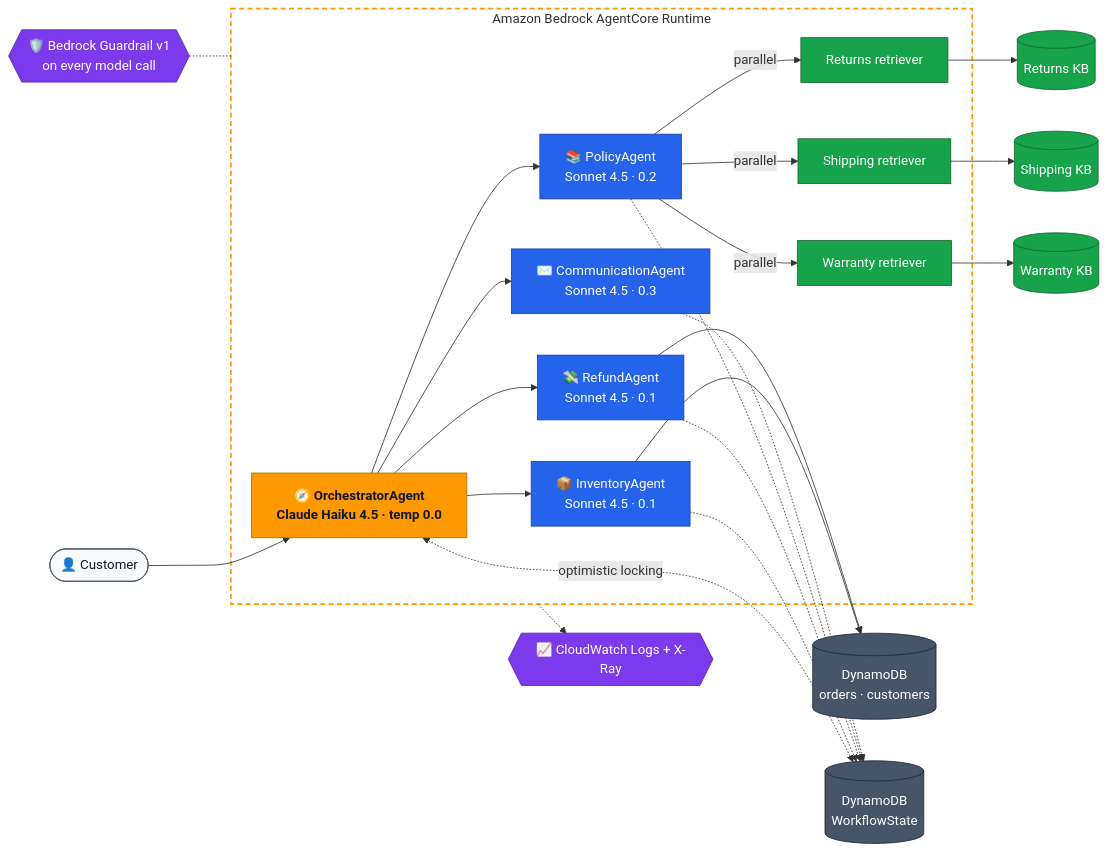
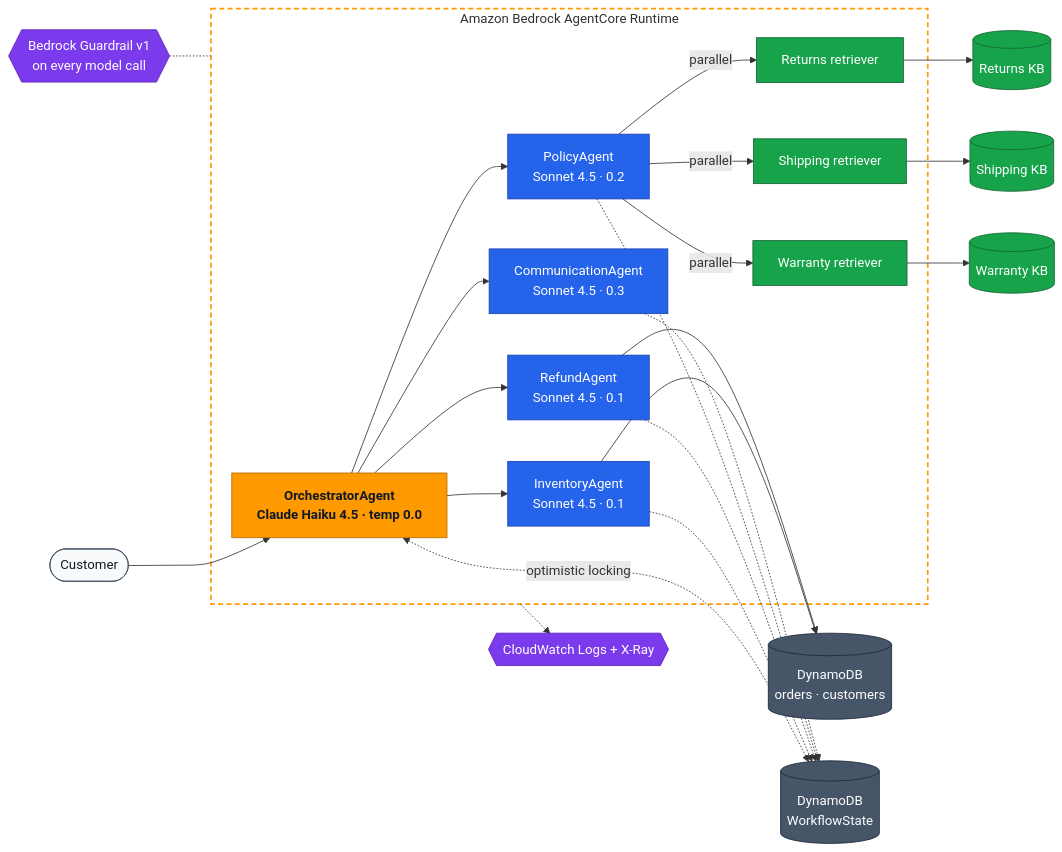
The first of 2 diagrams in README.md (kishiagaytano/caserelay-agentcore), drawn with Mermaid before and after one commit. The commit also changed other lines of this file, not shown here.

````diff
--- a/README.md
+++ b/README.md
@@ -42,43 +44,43 @@
 ```mermaid
 flowchart LR
-    C([👤 Customer]) --> O
+    C([Customer]) --> O
 
     subgraph RT["Amazon Bedrock AgentCore Runtime"]
-        O["🧭 OrchestratorAgent<br/>Claude Haiku 4.5 · temp 0.0"]
-        O --> INV["📦 InventoryAgent<br/>Sonnet 4.5 · 0.1"]
-        O --> REF["💸 RefundAgent<br/>Sonnet 4.5 · 0.1"]
-        O --> POL["📚 PolicyAgent<br/>Sonnet 4.5 · 0.2"]
-        O --> COM["✉️ CommunicationAgent<br/>Sonnet 4.5 · 0.3"]
+        O["OrchestratorAgent<br/>Claude Haiku 4.5 · temp 0.0"]
+        O --> INV["InventoryAgent<br/>Sonnet 4.5 · 0.1"]
+        O --> REF["RefundAgent<br/>Sonnet 4.5 · 0.1"]
+        O --> POL["PolicyAgent<br/>Sonnet 4.5 · 0.2"]
+        O --> COM["CommunicationAgent<br/>Sonnet 4.5 · 0.3"]
 
         POL -->|parallel| R1["Returns retriever"]
         POL -->|parallel| R2["Shipping retriever"]
         POL -->|parallel| R3["Warranty retriever"]
     end
 
     R1 --> KB1[("Returns KB")]
     R2 --> KB2[("Shipping KB")]
     R3 --> KB3[("Warranty KB")]
 
     INV --> DB[("DynamoDB<br/>orders · customers")]
     REF --> DB
     O <-.->|optimistic locking| WS[("DynamoDB<br/>WorkflowState")]
     INV & REF & POL & COM -.-> WS
 
-    GR{{"🛡️ Bedrock Guardrail v1<br/>on every model call"}} -.- RT
-    RT -.-> OBS{{"📈 CloudWatch Logs + X-Ray"}}
+    GR{{"Bedrock Guardrail v1<br/>on every model call"}} -.- RT
+    RT -.-> OBS{{"CloudWatch Logs + X-Ray"}}
 
     classDef orch fill:#FF9900,stroke:#B36B00,color:#111827,font-weight:bold
     classDef worker fill:#2563EB,stroke:#1E40AF,color:#FFFFFF
     classDef rag fill:#16A34A,stroke:#166534,color:#FFFFFF
     classDef data fill:#475569,stroke:#1E293B,color:#FFFFFF
     classDef safety fill:#7C3AED,stroke:#5B21B6,color:#FFFFFF
     classDef user fill:#F8FAFC,stroke:#475569,color:#111827
 
     class O orch
     class INV,REF,POL,COM worker
     class R1,R2,R3,KB1,KB2,KB3 rag
     class DB,WS data
     class GR,OBS safety
     class C user
     style RT fill:none,stroke:#FF9900,stroke-width:2px,stroke-dasharray:6 4
 ```
````
